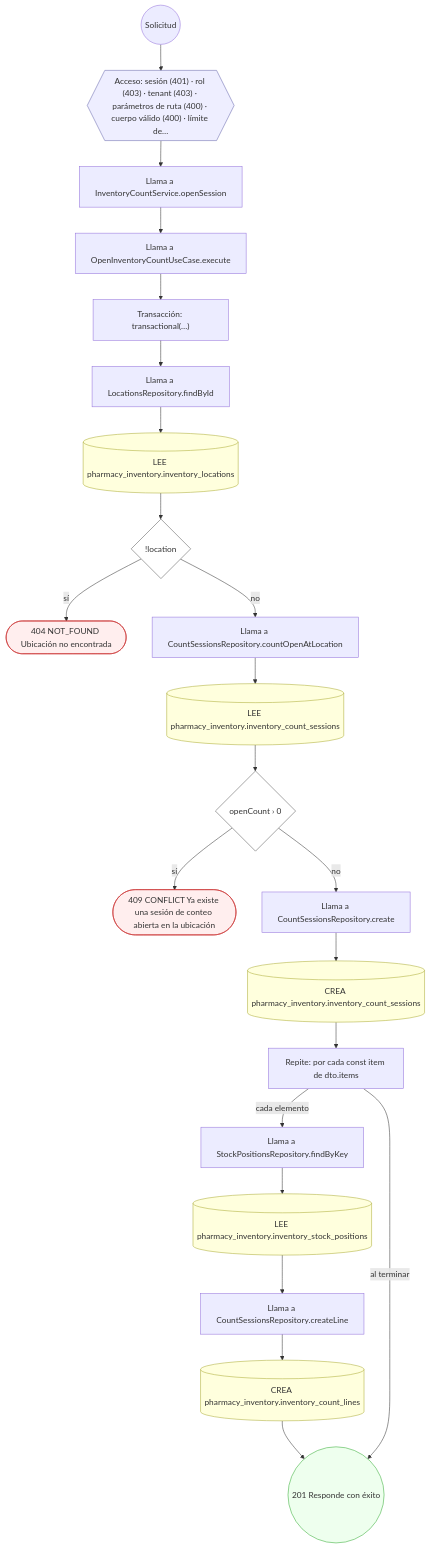
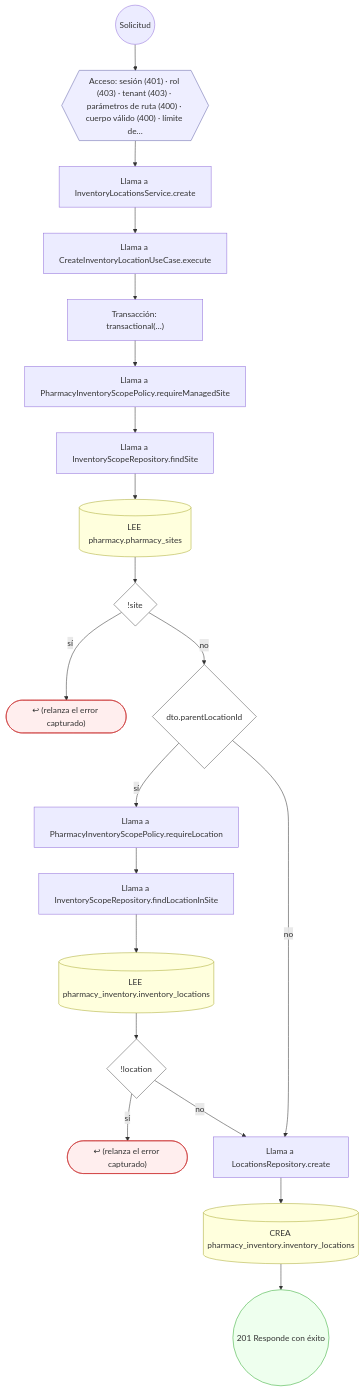
Before and after one commit to mdavila-2001/mantra-core-health-api: diagram 15 of 31 in docs/inventario/flujos/pharmacy_inventory.md, drawn with Mermaid. The commit also changed other lines of this file and 438 other files, not shown here.

````diff
--- a/docs/inventario/flujos/pharmacy_inventory.md
+++ b/docs/inventario/flujos/pharmacy_inventory.md
@@ -1320,51 +1736,47 @@
 ```mermaid
 flowchart TD
   n1(("Solicitud")):::inicio
   n2{{"Acceso: sesión (401) · rol (403) · tenant (403) · parámetros de ruta (400) · cuerpo válido (400) · límite de…"}}:::acceso
   n1 --> n2
-  n3["Llama a InventoryCountService.openSession"]:::llamada
+  n3["Llama a InventoryLocationsService.create"]:::llamada
   n2 --> n3
-  n4["Llama a OpenInventoryCountUseCase.execute"]:::llamada
+  n4["Llama a CreateInventoryLocationUseCase.execute"]:::llamada
   n3 --> n4
   n5["Transacción: transactional(…)"]:::transaccion
   n4 --> n5
-  n6["Llama a LocationsRepository.findById"]:::llamada
+  n6["Llama a PharmacyInventoryScopePolicy.requireManagedSite"]:::llamada
   n5 --> n6
-  n7[("LEE pharmacy_inventory.inventory_locations")]:::efecto
+  n7["Llama a InventoryScopeRepository.findSite"]:::llamada
   n6 --> n7
-  n8{"!location"}:::decision
+  n8[("LEE pharmacy.pharmacy_sites")]:::efecto
   n7 --> n8
-  n9(["404 NOT_FOUND Ubicación no encontrada"]):::error
-  n8 -->|"sí"| n9
-  n10["Llama a CountSessionsRepository.countOpenAtLocation"]:::llamada
-  n8 -->|"no"| n10
-  n11[("LEE pharmacy_inventory.inventory_count_sessions")]:::efecto
-  n10 --> n11
-  n12{"openCount › 0"}:::decision
-  n11 --> n12
-  n13(["409 CONFLICT Ya existe una sesión de conteo abierta en la ubicación"]):::error
-  n12 -->|"sí"| n13
-  n14["Llama a CountSessionsRepository.create"]:::llamada
-  n12 -->|"no"| n14
-  n15[("CREA pharmacy_inventory.inventory_count_sessions")]:::efecto
+  n9{"!site"}:::decision
+  n8 --> n9
+  n10(["↩ (relanza el error capturado)"]):::error
+  n9 -->|"sí"| n10
+  n11{"dto.parentLocationId"}:::decision
+  n9 -->|"no"| n11
+  n12["Llama a PharmacyInventoryScopePolicy.requireLocation"]:::llamada
+  n11 -->|"sí"| n12
+  n13["Llama a InventoryScopeRepository.findLocationInSite"]:::llamada
+  n12 --> n13
+  n14[("LEE pharmacy_inventory.inventory_locations")]:::efecto
+  n13 --> n14
+  n15{"!location"}:::decision
   n14 --> n15
-  n16["Repite: por cada const item de dto.items"]:::bucle
-  n15 --> n16
-  n17["Llama a StockPositionsRepository.findByKey"]:::llamada
-  n16 -->|"cada elemento"| n17
-  n18[("LEE pharmacy_inventory.inventory_stock_positions")]:::efecto
+  n16(["↩ (relanza el error capturado)"]):::error
+  n15 -->|"sí"| n16
+  n17["Llama a LocationsRepository.create"]:::llamada
+  n15 -->|"no"| n17
+  n11 -->|"no"| n17
+  n18[("CREA pharmacy_inventory.inventory_locations")]:::efecto
   n17 --> n18
-  n19["Llama a CountSessionsRepository.createLine"]:::llamada
+  n19(("201 Responde con éxito")):::ok
   n18 --> n19
-  n20[("CREA pharmacy_inventory.inventory_count_lines")]:::efecto
-  n19 --> n20
-  n21(("201 Responde con éxito")):::ok
-  n20 --> n21
-  n16 -->|"al terminar"| n21
   classDef acceso fill:#eef,stroke:#66a
   classDef error fill:#fee,stroke:#c33
   classDef ok fill:#efe,stroke:#3a3
   classDef efecto fill:#ffd,stroke:#aa3
   classDef decision fill:#fff,stroke:#555
   classDef corte fill:#eee,stroke:#999,stroke-dasharray: 4
 ```
````
